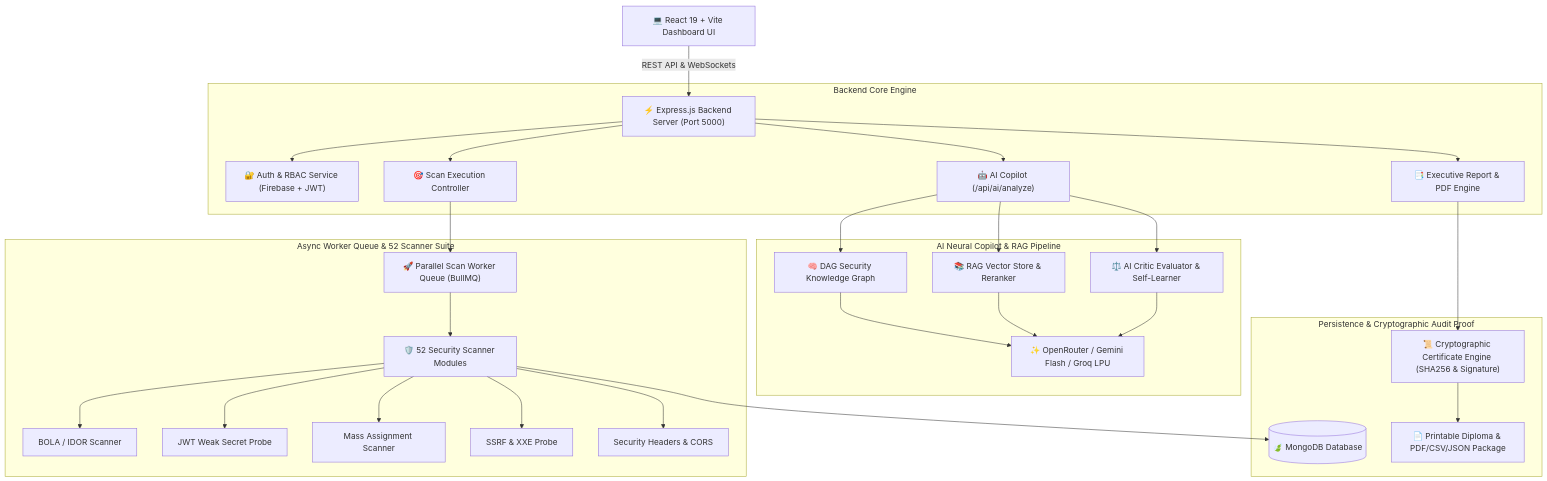
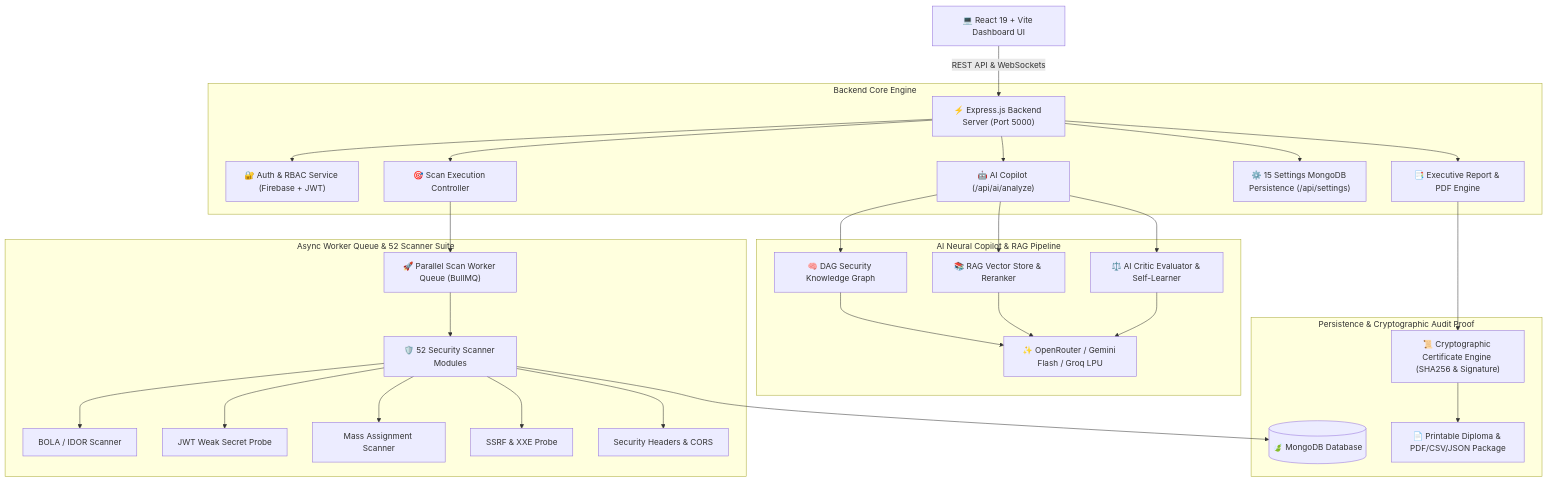
One commit to Redkrossresearch/api-security-scanner changed the diagram in README.md. Above: the diagram before and after it, drawn with Mermaid. The commit also changed other lines of this file and 1 other file, not shown here.

````diff
--- a/README.md
+++ b/README.md
@@ -22,34 +22,35 @@
 ```mermaid
 graph TD
     Client["💻 React 19 + Vite Dashboard UI"] -->|REST API & WebSockets| Server["⚡ Express.js Backend Server (Port 5000)"]
     
     subgraph Backend Core Engine
         Server --> Auth["🔐 Auth & RBAC Service (Firebase + JWT)"]
         Server --> ScanController["🎯 Scan Execution Controller"]
         Server --> AIController["🤖 AI Copilot (/api/ai/analyze)"]
+        Server --> SettingsService["⚙️ 15 Settings MongoDB Persistence (/api/settings)"]
         Server --> ReportService["📑 Executive Report & PDF Engine"]
     end
 
     subgraph Async Worker Queue & 52 Scanner Suite
         ScanController --> TaskQueue["🚀 Parallel Scan Worker Queue (BullMQ)"]
         TaskQueue --> ScannerEngine["🛡️ 52 Security Scanner Modules"]
         ScannerEngine --> BOLA["BOLA / IDOR Scanner"]
         ScannerEngine --> JWT["JWT Weak Secret Probe"]
         ScannerEngine --> MassAssign["Mass Assignment Scanner"]
         ScannerEngine --> SSRF["SSRF & XXE Probe"]
         ScannerEngine --> SecurityHeaders["Security Headers & CORS"]
     end
 
     subgraph AI Neural Copilot & RAG Pipeline
         AIController --> DAGGraph["🧠 DAG Security Knowledge Graph"]
         AIController --> RAGEngine["📚 RAG Vector Store & Reranker"]
         AIController --> CriticEval["⚖️ AI Critic Evaluator & Self-Learner"]
         DAGGraph & RAGEngine & CriticEval --> LLMProvider["✨ OpenRouter / Gemini Flash / Groq LPU"]
     end
 
     subgraph Persistence & Cryptographic Audit Proof
         ScannerEngine --> DB[("🍃 MongoDB Database")]
         ReportService --> CertGen["📜 Cryptographic Certificate Engine (SHA256 & Signature)"]
         CertGen --> OutputDoc["📄 Printable Diploma & PDF/CSV/JSON Package"]
     end
 ```
````
